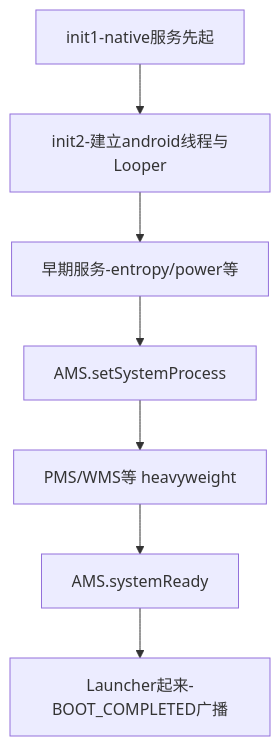
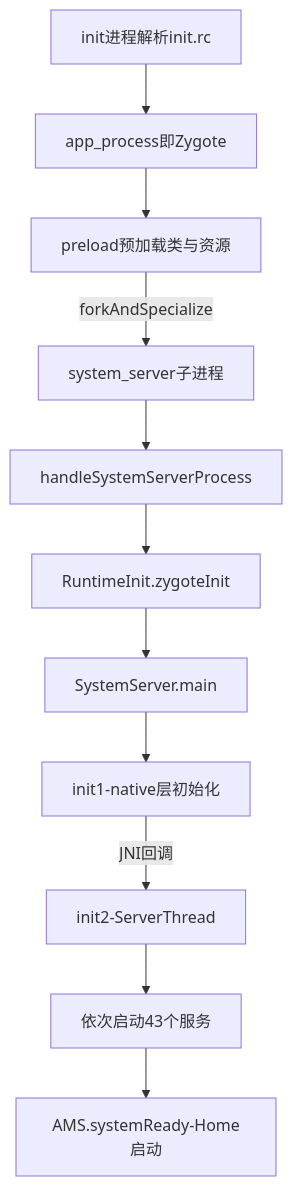
The first of 2 diagrams in Android/深入理解Android卷II/02-深入理解SystemServer.md (coswit/coswit.github.io), drawn with Mermaid before and after one commit. The commit also changed other lines of this file and 7 other files, not shown here.

````diff
--- a/Android/深入理解Android卷II/02-深入理解SystemServer.md
+++ b/Android/深入理解Android卷II/02-深入理解SystemServer.md
@@ -70,9 +19,13 @@
 ```mermaid
 graph TD
-    A[init1-native服务先起] --> B[init2-建立android线程与Looper]
-    B --> C[早期服务-entropy/power等]
-    C --> D[AMS.setSystemProcess]
-    D --> E[PMS/WMS等 heavyweight]
-    E --> F[AMS.systemReady]
-    F --> G[Launcher起来-BOOT_COMPLETED广播]
+    A[init进程解析init.rc] --> B[app_process即Zygote]
+    B --> C[preload预加载类与资源]
+    C -->|forkAndSpecialize| D[system_server子进程]
+    D --> E[handleSystemServerProcess]
+    E --> F[RuntimeInit.zygoteInit]
+    F --> G[SystemServer.main]
+    G --> H[init1-native层初始化]
+    H -->|JNI回调| I[init2-ServerThread]
+    I --> J[依次启动43个服务]
+    J --> K[AMS.systemReady-Home启动]
 ```
````
